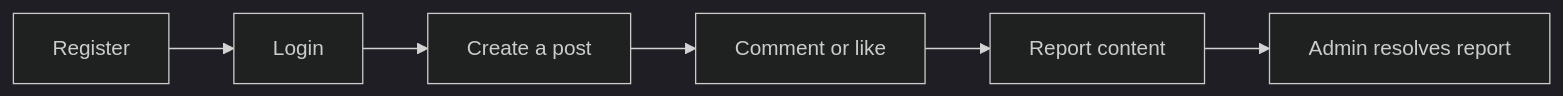
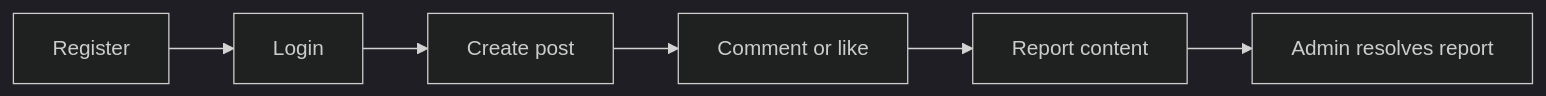
One commit to Kene33/simple-blog changed the first of 2 diagrams in README.md. Above: the diagram before and after it, drawn with Mermaid (dark theme). The commit also changed other lines of this file and 1 other file, not shown here.

````diff
--- a/README.md
+++ b/README.md
@@ -90,8 +96,8 @@
 ```mermaid
 flowchart LR
-    Register["Register"] --> Login["Login"]
-    Login --> Publish["Create a post"]
-    Publish --> Discuss["Comment or like"]
-    Discuss --> Report["Report content"]
-    Report --> Moderate["Admin resolves report"]
+    A[Register] --> B[Login]
+    B --> C[Create post]
+    C --> D[Comment or like]
+    D --> E[Report content]
+    E --> F[Admin resolves report]
 ```
````
